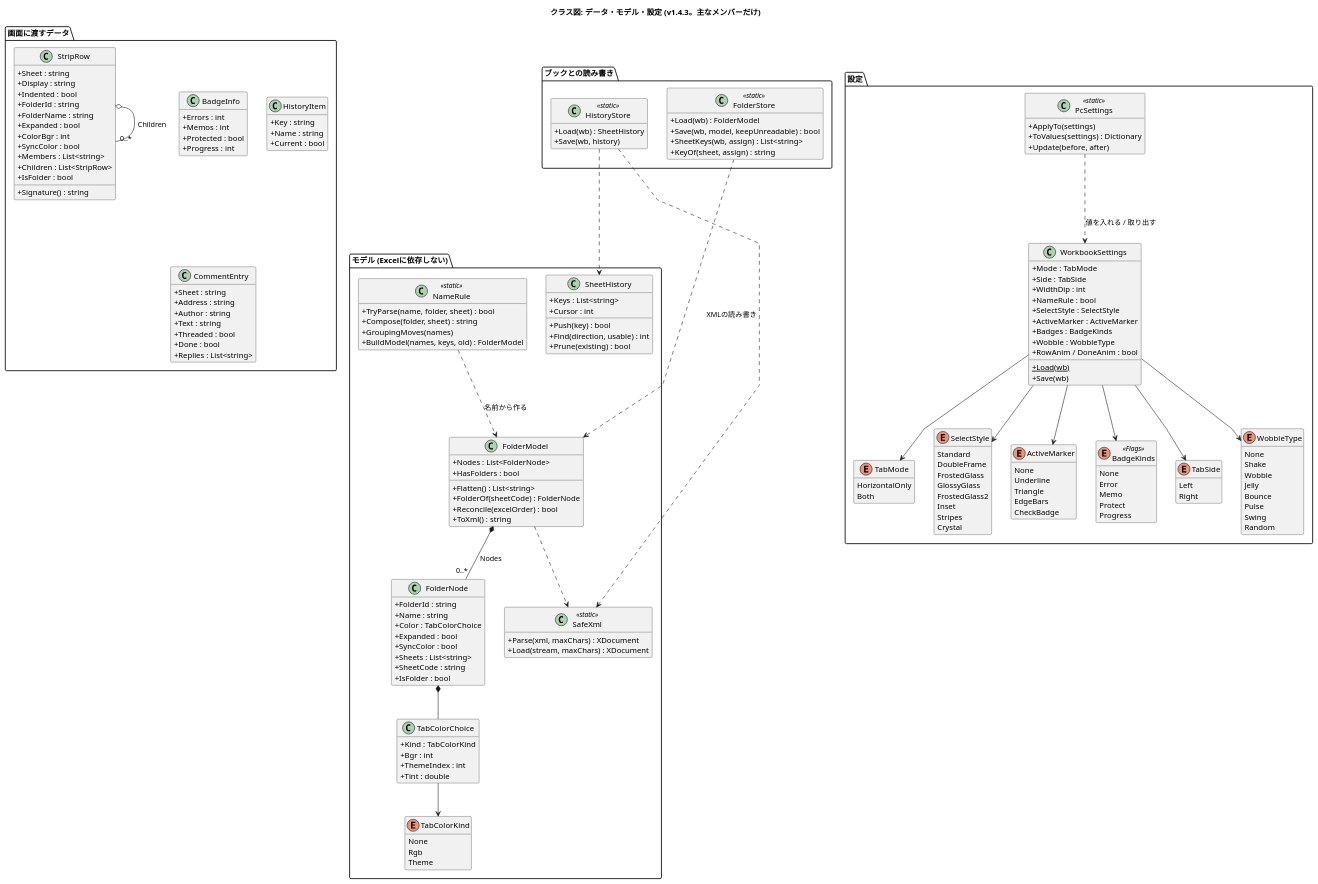
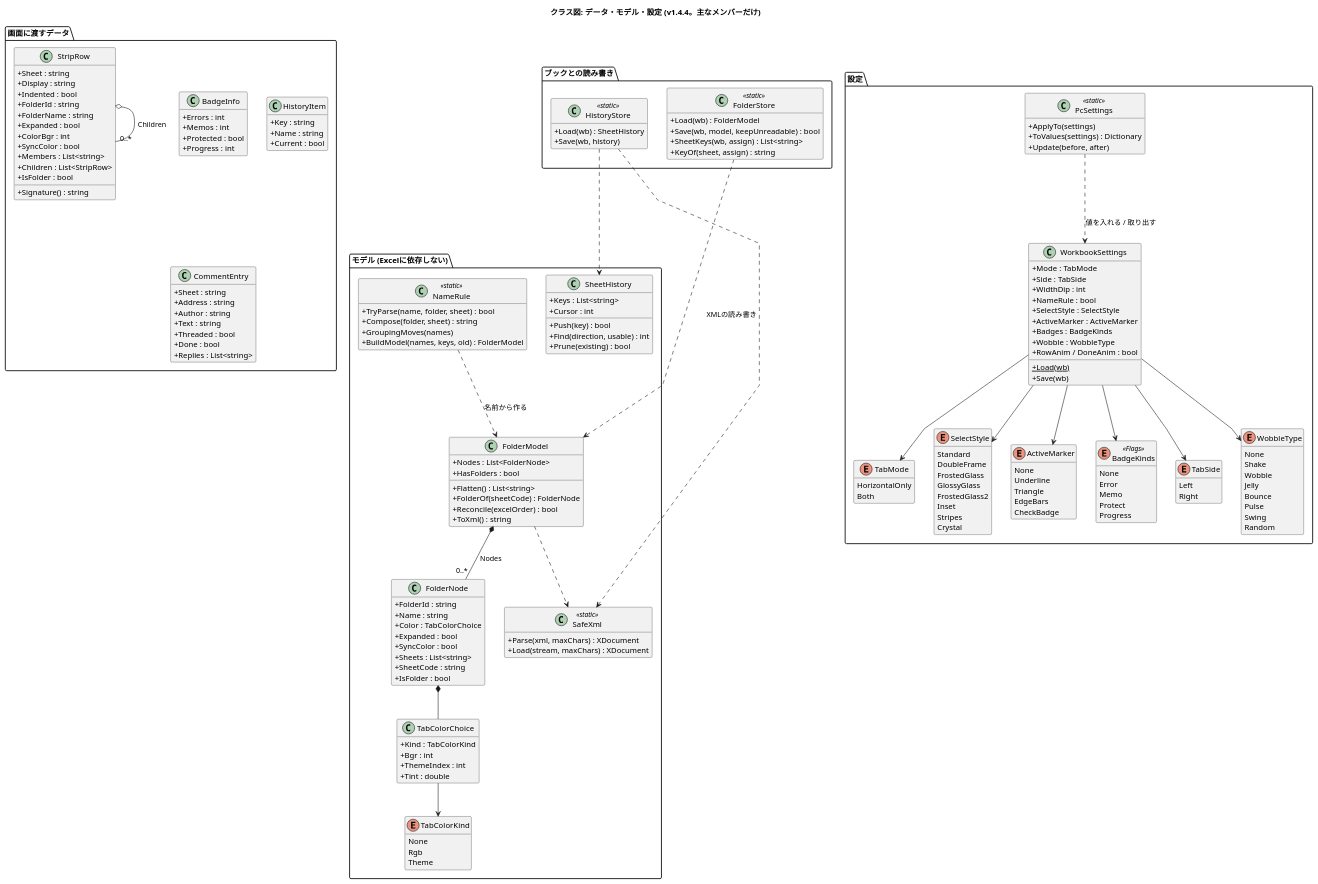
One commit to nk-taka623/VerticalSheetTabs changed the diagram in docs/class-data.puml. Above: the diagram before and after it, drawn with PlantUML. The commit also changed 14 other files, not shown here.

Commit message:
v1.4.4 にする (バージョン、README の変更点、設計図の版数)

```diff
--- a/docs/class-data.puml
+++ b/docs/class-data.puml
@@ -1,188 +1,188 @@
 @startuml
-title クラス図: データ・モデル・設定 (v1.4.3。主なメンバーだけ)
+title クラス図: データ・モデル・設定 (v1.4.4。主なメンバーだけ)
 skinparam shadowing false
 skinparam classAttributeIconSize 0
 skinparam linetype polyline
 hide empty members
 
 package "モデル (Excelに依存しない)" {
   class FolderModel {
     +Nodes : List<FolderNode>
     +HasFolders : bool
     +Flatten() : List<string>
     +FolderOf(sheetCode) : FolderNode
     +Reconcile(excelOrder) : bool
     +ToXml() : string
   }
   class FolderNode {
     +FolderId : string
     +Name : string
     +Color : TabColorChoice
     +Expanded : bool
     +SyncColor : bool
     +Sheets : List<string>
     +SheetCode : string
     +IsFolder : bool
   }
   class TabColorChoice {
     +Kind : TabColorKind
     +Bgr : int
     +ThemeIndex : int
     +Tint : double
   }
   enum TabColorKind {
     None
     Rgb
     Theme
   }
   class SheetHistory {
     +Keys : List<string>
     +Cursor : int
     +Push(key) : bool
     +Find(direction, usable) : int
     +Prune(existing) : bool
   }
   class NameRule <<static>> {
     +TryParse(name, folder, sheet) : bool
     +Compose(folder, sheet) : string
     +GroupingMoves(names)
     +BuildModel(names, keys, old) : FolderModel
   }
   class SafeXml <<static>> {
     +Parse(xml, maxChars) : XDocument
     +Load(stream, maxChars) : XDocument
   }
 }
 
 package "ブックとの読み書き" {
   class FolderStore <<static>> {
     +Load(wb) : FolderModel
     +Save(wb, model, keepUnreadable) : bool
     +SheetKeys(wb, assign) : List<string>
     +KeyOf(sheet, assign) : string
   }
   class HistoryStore <<static>> {
     +Load(wb) : SheetHistory
     +Save(wb, history)
   }
 }
 
 package "設定" {
   class WorkbookSettings {
     +Mode : TabMode
     +Side : TabSide
     +WidthDip : int
     +NameRule : bool
     +SelectStyle : SelectStyle
     +ActiveMarker : ActiveMarker
     +Badges : BadgeKinds
     +Wobble : WobbleType
     +RowAnim / DoneAnim : bool
     +Load(wb) {static}
     +Save(wb)
   }
   class PcSettings <<static>> {
     +ApplyTo(settings)
     +ToValues(settings) : Dictionary
     +Update(before, after)
   }
   enum TabMode {
     HorizontalOnly
     Both
   }
   enum SelectStyle {
     Standard
     DoubleFrame
     FrostedGlass
     GlossyGlass
     FrostedGlass2
     Inset
     Stripes
     Crystal
   }
   enum ActiveMarker {
     None
     Underline
     Triangle
     EdgeBars
     CheckBadge
   }
   enum BadgeKinds <<Flags>> {
     None
     Error
     Memo
     Protect
     Progress
   }
   enum TabSide {
     Left
     Right
   }
   enum WobbleType {
     None
     Shake
     Wobble
     Jelly
     Bounce
     Pulse
     Swing
     Random
   }
 }
 
 package "画面に渡すデータ" {
   class StripRow {
     +Sheet : string
     +Display : string
     +Indented : bool
     +FolderId : string
     +FolderName : string
     +Expanded : bool
     +ColorBgr : int
     +SyncColor : bool
     +Members : List<string>
     +Children : List<StripRow>
     +IsFolder : bool
     +Signature() : string
   }
   class BadgeInfo {
     +Errors : int
     +Memos : int
     +Protected : bool
     +Progress : int
   }
   class HistoryItem {
     +Key : string
     +Name : string
     +Current : bool
   }
   class CommentEntry {
     +Sheet : string
     +Address : string
     +Author : string
     +Text : string
     +Threaded : bool
     +Done : bool
     +Replies : List<string>
   }
 }
 
 FolderModel *-- "0..*" FolderNode : Nodes
 FolderNode *-- TabColorChoice
 TabColorChoice --> TabColorKind
 StripRow o-- "0..*" StripRow : Children
 
 FolderStore ..> FolderModel : XMLの読み書き
 FolderModel ..> SafeXml
 HistoryStore ..> SheetHistory
 HistoryStore ..> SafeXml
 NameRule ..> FolderModel : 名前から作る
 
 WorkbookSettings --> TabMode
 WorkbookSettings --> TabSide
 WorkbookSettings --> SelectStyle
 WorkbookSettings --> ActiveMarker
 WorkbookSettings --> BadgeKinds
 WorkbookSettings --> WobbleType
 PcSettings ..> WorkbookSettings : 値を入れる / 取り出す
 @enduml
```
